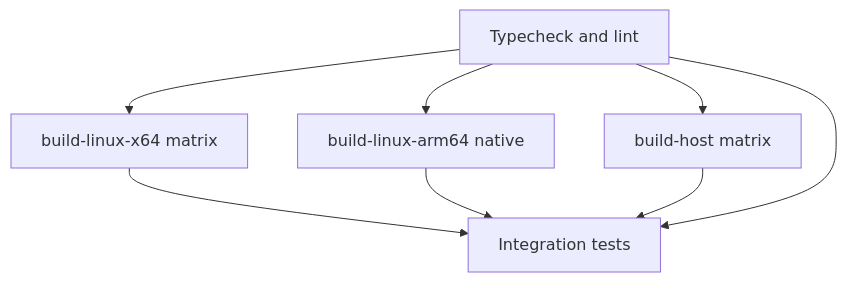
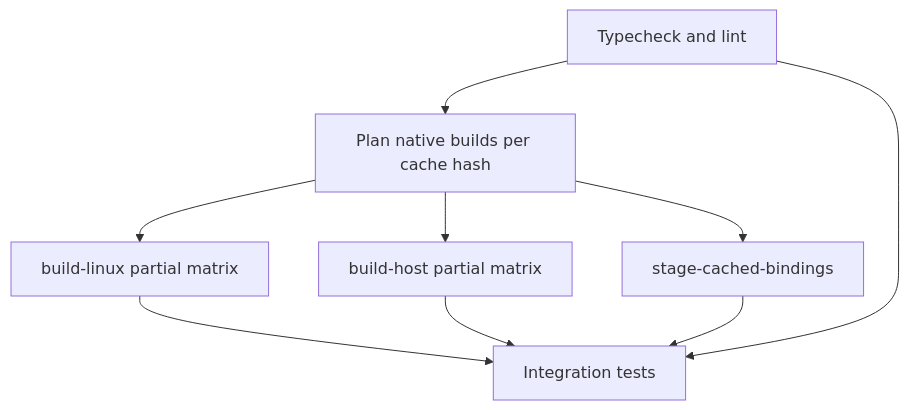
The second of 3 diagrams in scripts/ci/README.md (akirilyuk/node-webrtc-rust), drawn with Mermaid before and after one commit. The commit also changed other lines of this file and 10 other files, not shown here.

First line of the commit message:
feat(ci): plan per-target native builds and skip redundant release work

````diff
--- a/scripts/ci/README.md
+++ b/scripts/ci/README.md
@@ -131,16 +131,18 @@
 ```mermaid
 flowchart TD
   quality[Typecheck and lint]
-  buildLinuxX64[build-linux-x64 matrix]
-  buildLinuxArm64[build-linux-arm64 native]
-  buildHost[build-host matrix]
+  plan[Plan native builds per cache hash]
+  buildLinux[build-linux partial matrix]
+  buildHost[build-host partial matrix]
+  stage[stage-cached-bindings]
   test[Integration tests]
 
-  quality --> buildLinuxX64
-  quality --> buildLinuxArm64
-  quality --> buildHost
-  buildLinuxX64 --> test
-  buildLinuxArm64 --> test
+  quality --> plan
+  plan --> buildLinux
+  plan --> buildHost
+  plan --> stage
+  buildLinux --> test
   buildHost --> test
+  stage --> test
   quality --> test
 ```
````
